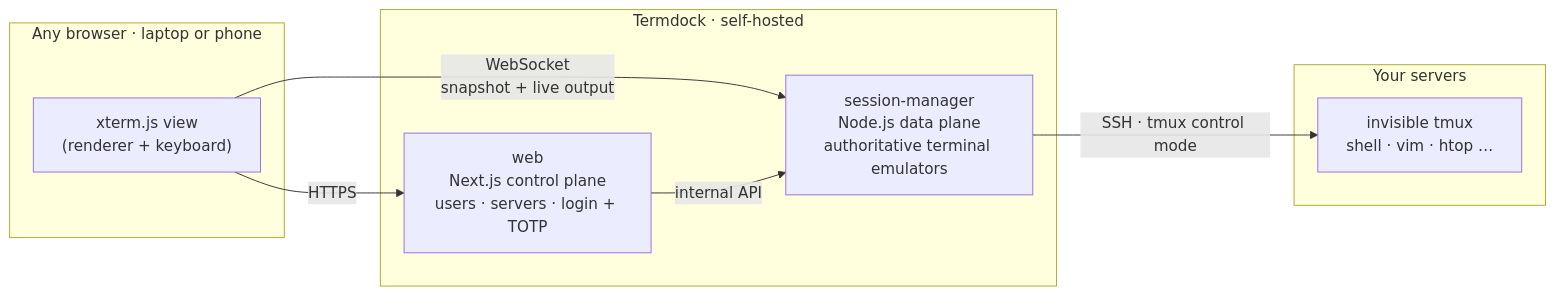
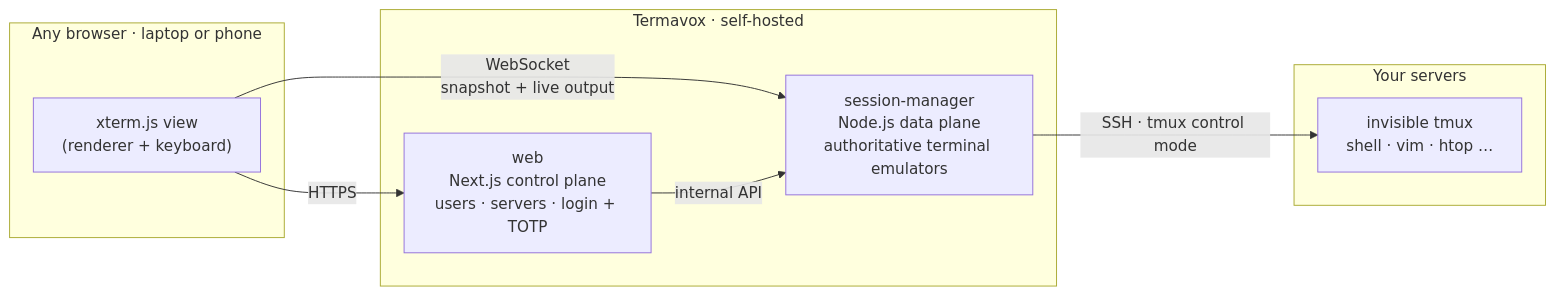
The diagram in README.md (ativaone/termavox), drawn with Mermaid before and after one commit. The commit also changed other lines of this file and 356 other files, not shown here.

First line of the commit message:
Rename the project Termdock → Termavox (D-46)

````diff
--- a/README.md
+++ b/README.md
@@ -72,17 +72,17 @@
 ```mermaid
 flowchart LR
   subgraph B["Any browser · laptop or phone"]
     V["xterm.js view<br/>(renderer + keyboard)"]
   end
-  subgraph T["Termdock · self-hosted"]
+  subgraph T["Termavox · self-hosted"]
     W["web<br/>Next.js control plane<br/>users · servers · login + TOTP"]
     S["session-manager<br/>Node.js data plane<br/>authoritative terminal emulators"]
   end
   subgraph R["Your servers"]
     X["invisible tmux<br/>shell · vim · htop …"]
   end
   V -- "HTTPS" --> W
   V -- "WebSocket<br/>snapshot + live output" --> S
   W -- "internal API" --> S
   S -- "SSH · tmux control mode" --> X
 ```
````
